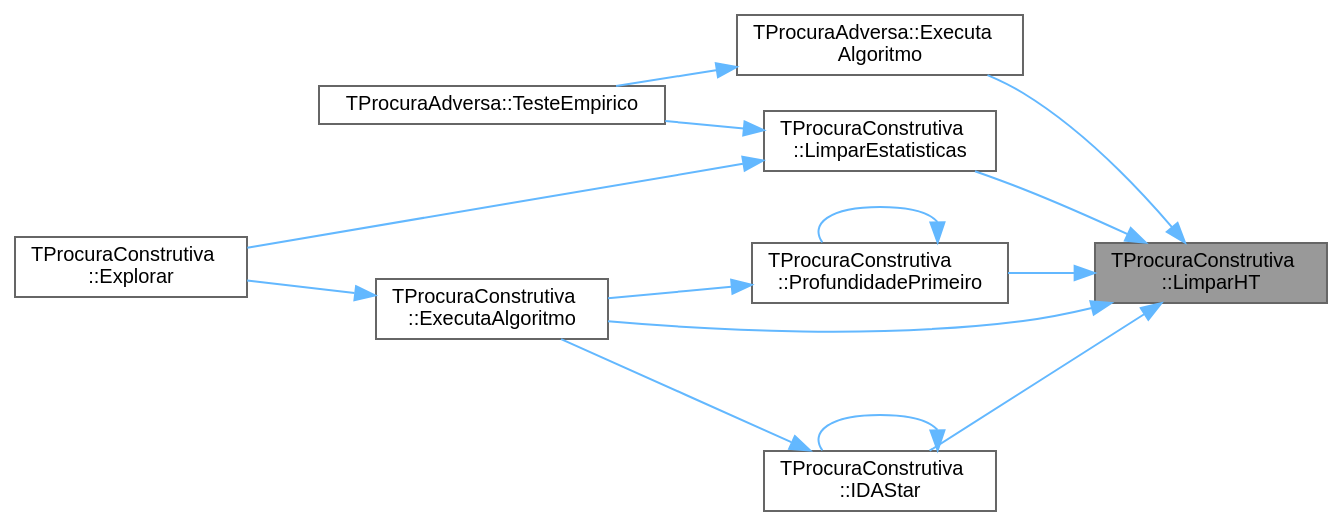
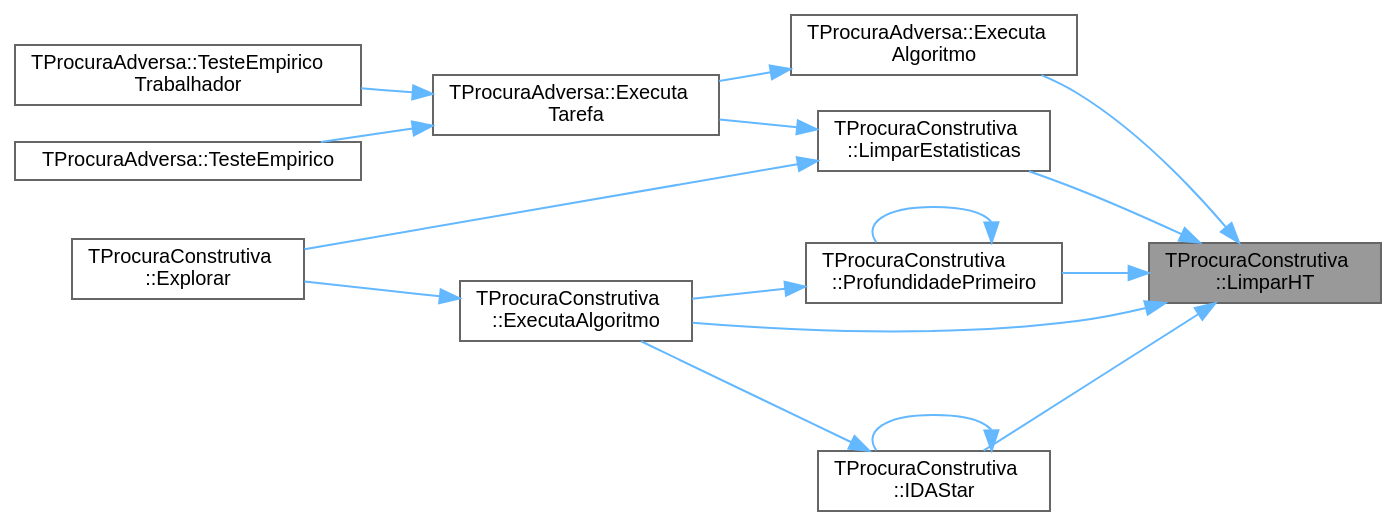
Before and after one commit to jcoelho72/TProcura: the diagram in classTProcuraConstrutiva_a8b500987c88352d27a68200454cc3c8c_icgraph.dot, drawn with Graphviz. The commit also changed 165 other files, not shown here.

```diff
--- a/classTProcuraConstrutiva_a8b500987c88352d27a68200454cc3c8c_icgraph.dot
+++ b/classTProcuraConstrutiva_a8b500987c88352d27a68200454cc3c8c_icgraph.dot
@@ -1,29 +1,33 @@
 digraph "TProcuraConstrutiva::LimparHT"
 {
  // LATEX_PDF_SIZE
   bgcolor="transparent";
   edge [fontname=Helvetica,fontsize=10,labelfontname=Helvetica,labelfontsize=10];
   node [fontname=Helvetica,fontsize=10,shape=box,height=0.2,width=0.4];
   rankdir="RL";
   Node1 [id="Node000001",label="TProcuraConstrutiva\l::LimparHT",height=0.2,width=0.4,color="gray40", fillcolor="grey60", style="filled", fontcolor="black",tooltip=" "];
   Node1 -> Node2 [id="edge1_Node000001_Node000002",dir="back",color="steelblue1",style="solid",tooltip=" "];
   Node2 [id="Node000002",label="TProcuraAdversa::Executa\lAlgoritmo",height=0.2,width=0.4,color="grey40", fillcolor="white", style="filled",URL="$classTProcuraAdversa.html#aff6f48defaa10c14d160ac3990fd029b",tooltip="Executa o algoritmo com os parametros atuais."];
   Node2 -> Node3 [id="edge2_Node000002_Node000003",dir="back",color="steelblue1",style="solid",tooltip=" "];
-  Node3 [id="Node000003",label="TProcuraAdversa::TesteEmpirico",height=0.2,width=0.4,color="grey40", fillcolor="white", style="filled",URL="$classTProcuraAdversa.html#abe15e86c2a11e584764a2b80ddab10cb",tooltip="Executa testes empíricos, em todas as configurações guardadas, nas instâncias selecionadas."];
-  Node1 -> Node4 [id="edge3_Node000001_Node000004",dir="back",color="steelblue1",style="solid",tooltip=" "];
-  Node4 [id="Node000004",label="TProcuraConstrutiva\l::ExecutaAlgoritmo",height=0.2,width=0.4,color="grey40", fillcolor="white", style="filled",URL="$group__RedefinicaoOpcional.html#gae52871eb18c8ae656a2174acf43b3bb3",tooltip="Executa o algoritmo com os parametros atuais."];
-  Node4 -> Node5 [id="edge4_Node000004_Node000005",dir="back",color="steelblue1",style="solid",tooltip=" "];
-  Node5 [id="Node000005",label="TProcuraConstrutiva\l::Explorar",height=0.2,width=0.4,color="grey40", fillcolor="white", style="filled",URL="$classTProcuraConstrutiva.html#a9d8202d80510018d01a9807f3852b59f",tooltip="definir para explorar manualmente os dados (não definido em TProcura, apenas em TProcuraConstrutiva)"];
+  Node3 [id="Node000003",label="TProcuraAdversa::Executa\lTarefa",height=0.2,width=0.4,color="grey40", fillcolor="white", style="filled",URL="$classTProcuraAdversa.html#aad206751268402eef355dd89415d1865",tooltip="Executa uma tarefa num teste empírico."];
+  Node3 -> Node4 [id="edge3_Node000003_Node000004",dir="back",color="steelblue1",style="solid",tooltip=" "];
+  Node4 [id="Node000004",label="TProcuraAdversa::TesteEmpirico",height=0.2,width=0.4,color="grey40", fillcolor="white", style="filled",URL="$classTProcuraAdversa.html#abe15e86c2a11e584764a2b80ddab10cb",tooltip="Executa testes empíricos, em todas as configurações guardadas, nas instâncias selecionadas."];
+  Node3 -> Node5 [id="edge4_Node000003_Node000005",dir="back",color="steelblue1",style="solid",tooltip=" "];
+  Node5 [id="Node000005",label="TProcuraAdversa::TesteEmpirico\lTrabalhador",height=0.2,width=0.4,color="grey40", fillcolor="white", style="filled",URL="$classTProcuraAdversa.html#adf8ec64db235b7d293fbf5a632a57966",tooltip="Teste empírico com modo mestre-escravo (este é o escravo)"];
   Node1 -> Node6 [id="edge5_Node000001_Node000006",dir="back",color="steelblue1",style="solid",tooltip=" "];
-  Node6 [id="Node000006",label="TProcuraConstrutiva\l::IDAStar",height=0.2,width=0.4,color="grey40", fillcolor="white", style="filled",URL="$group__ProcurasInformadas.html#gae77f9608e7988052377d7025bee7c4e8",tooltip="Executa a procura IDA*, algoritmo informado."];
-  Node6 -> Node4 [id="edge6_Node000006_Node000004",dir="back",color="steelblue1",style="solid",tooltip=" "];
-  Node6 -> Node6 [id="edge7_Node000006_Node000006",dir="back",color="steelblue1",style="solid",tooltip=" "];
-  Node1 -> Node7 [id="edge8_Node000001_Node000007",dir="back",color="steelblue1",style="solid",tooltip=" "];
-  Node7 [id="Node000007",label="TProcuraConstrutiva\l::LimparEstatisticas",height=0.2,width=0.4,color="grey40", fillcolor="white", style="filled",URL="$classTProcuraConstrutiva.html#adaefadabea2eb225ed28c3927feb6828",tooltip="Chapar antes da execução do algoritmo. Limpa valores estatísticos, e fixa o instante limite de tempo ..."];
-  Node7 -> Node5 [id="edge9_Node000007_Node000005",dir="back",color="steelblue1",style="solid",tooltip=" "];
-  Node7 -> Node3 [id="edge10_Node000007_Node000003",dir="back",color="steelblue1",style="solid",tooltip=" "];
-  Node1 -> Node8 [id="edge11_Node000001_Node000008",dir="back",color="steelblue1",style="solid",tooltip=" "];
-  Node8 [id="Node000008",label="TProcuraConstrutiva\l::ProfundidadePrimeiro",height=0.2,width=0.4,color="grey40", fillcolor="white", style="filled",URL="$group__ProcurasCegas.html#gaf00d9776f6b25d56138efb6725b86228",tooltip="Executa a procura em profundidade primeiro, algoritmo cego."];
-  Node8 -> Node4 [id="edge12_Node000008_Node000004",dir="back",color="steelblue1",style="solid",tooltip=" "];
-  Node8 -> Node8 [id="edge13_Node000008_Node000008",dir="back",color="steelblue1",style="solid",tooltip=" "];
+  Node6 [id="Node000006",label="TProcuraConstrutiva\l::ExecutaAlgoritmo",height=0.2,width=0.4,color="grey40", fillcolor="white", style="filled",URL="$group__RedefinicaoOpcional.html#gae52871eb18c8ae656a2174acf43b3bb3",tooltip="Executa o algoritmo com os parametros atuais."];
+  Node6 -> Node7 [id="edge6_Node000006_Node000007",dir="back",color="steelblue1",style="solid",tooltip=" "];
+  Node7 [id="Node000007",label="TProcuraConstrutiva\l::Explorar",height=0.2,width=0.4,color="grey40", fillcolor="white", style="filled",URL="$classTProcuraConstrutiva.html#a9d8202d80510018d01a9807f3852b59f",tooltip="definir para explorar manualmente os dados (não definido em TProcura, apenas em TProcuraConstrutiva)"];
+  Node1 -> Node8 [id="edge7_Node000001_Node000008",dir="back",color="steelblue1",style="solid",tooltip=" "];
+  Node8 [id="Node000008",label="TProcuraConstrutiva\l::IDAStar",height=0.2,width=0.4,color="grey40", fillcolor="white", style="filled",URL="$group__ProcurasInformadas.html#gae77f9608e7988052377d7025bee7c4e8",tooltip="Executa a procura IDA*, algoritmo informado."];
+  Node8 -> Node6 [id="edge8_Node000008_Node000006",dir="back",color="steelblue1",style="solid",tooltip=" "];
+  Node8 -> Node8 [id="edge9_Node000008_Node000008",dir="back",color="steelblue1",style="solid",tooltip=" "];
+  Node1 -> Node9 [id="edge10_Node000001_Node000009",dir="back",color="steelblue1",style="solid",tooltip=" "];
+  Node9 [id="Node000009",label="TProcuraConstrutiva\l::LimparEstatisticas",height=0.2,width=0.4,color="grey40", fillcolor="white", style="filled",URL="$classTProcuraConstrutiva.html#adaefadabea2eb225ed28c3927feb6828",tooltip="Chapar antes da execução do algoritmo. Limpa valores estatísticos, e fixa o instante limite de tempo ..."];
+  Node9 -> Node3 [id="edge11_Node000009_Node000003",dir="back",color="steelblue1",style="solid",tooltip=" "];
+  Node9 -> Node7 [id="edge12_Node000009_Node000007",dir="back",color="steelblue1",style="solid",tooltip=" "];
+  Node1 -> Node10 [id="edge13_Node000001_Node000010",dir="back",color="steelblue1",style="solid",tooltip=" "];
+  Node10 [id="Node000010",label="TProcuraConstrutiva\l::ProfundidadePrimeiro",height=0.2,width=0.4,color="grey40", fillcolor="white", style="filled",URL="$group__ProcurasCegas.html#gaf00d9776f6b25d56138efb6725b86228",tooltip="Executa a procura em profundidade primeiro, algoritmo cego."];
+  Node10 -> Node6 [id="edge14_Node000010_Node000006",dir="back",color="steelblue1",style="solid",tooltip=" "];
+  Node10 -> Node10 [id="edge15_Node000010_Node000010",dir="back",color="steelblue1",style="solid",tooltip=" "];
 }
```
